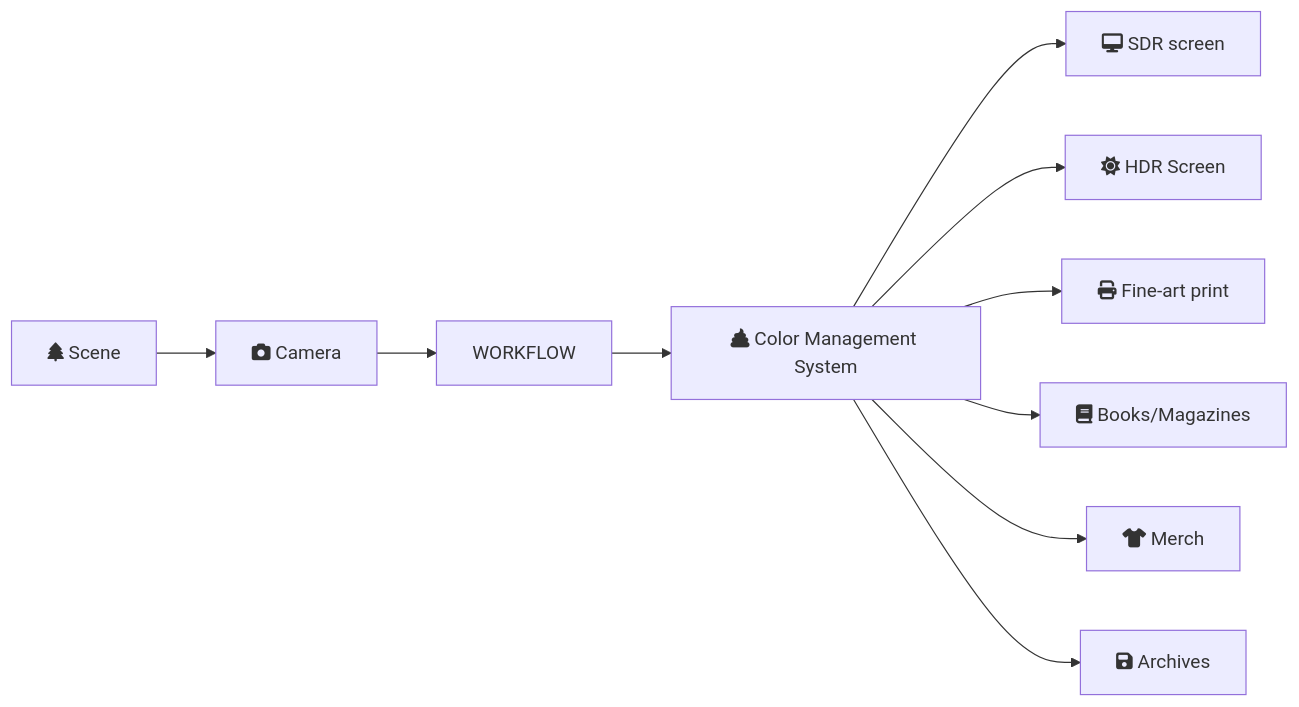
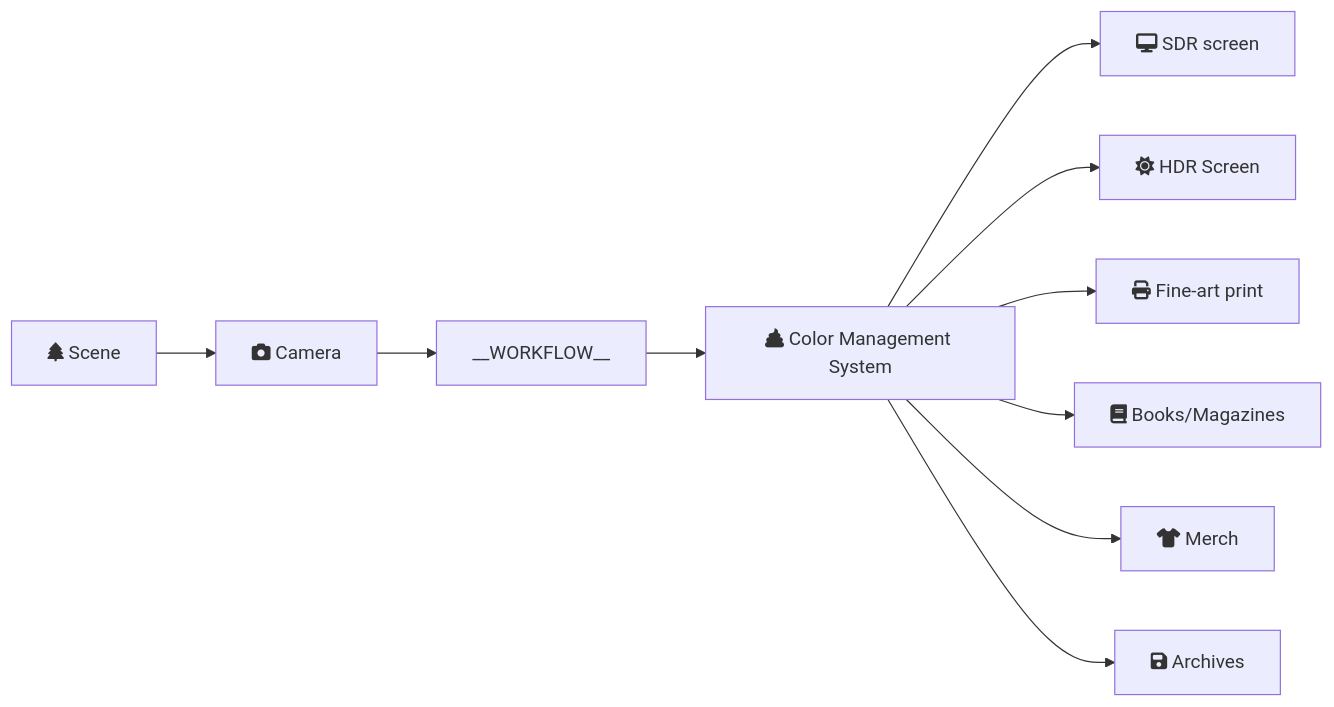
Before and after one commit to aurelienpierreeng/ansel-website: the third of 3 diagrams in content/workflows/scene-referred.md, drawn with Mermaid. The commit also changed other lines of this file and 16 other files, not shown here.

````diff
--- a/content/workflows/scene-referred.md
+++ b/content/workflows/scene-referred.md
@@ -130,12 +133,12 @@
 ```mermaid
-	graph LR;
+graph LR;
 	A[fa:fa-tree Scene] --> B[fa:fa-camera Camera];
-	B --> C[WORKFLOW];
+	B --> C[__WORKFLOW__];
 	C --> D[fa:fa-poop Color Management System];
 	D --> E[fa:fa-desktop SDR screen];
 	D --> F[fa:fa-sun HDR Screen];
 	D --> G[fa:fa-print Fine-art print];
 	D --> H[fa:fa-book Books/Magazines];
 	D --> I[fa:fa-tshirt Merch];
 	D --> J[fa:fa-save Archives];
 ```
````
